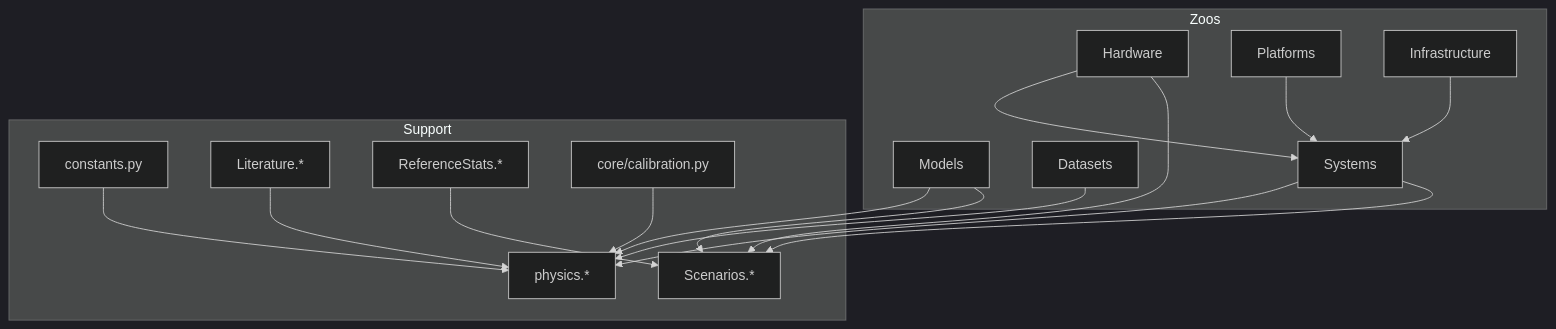
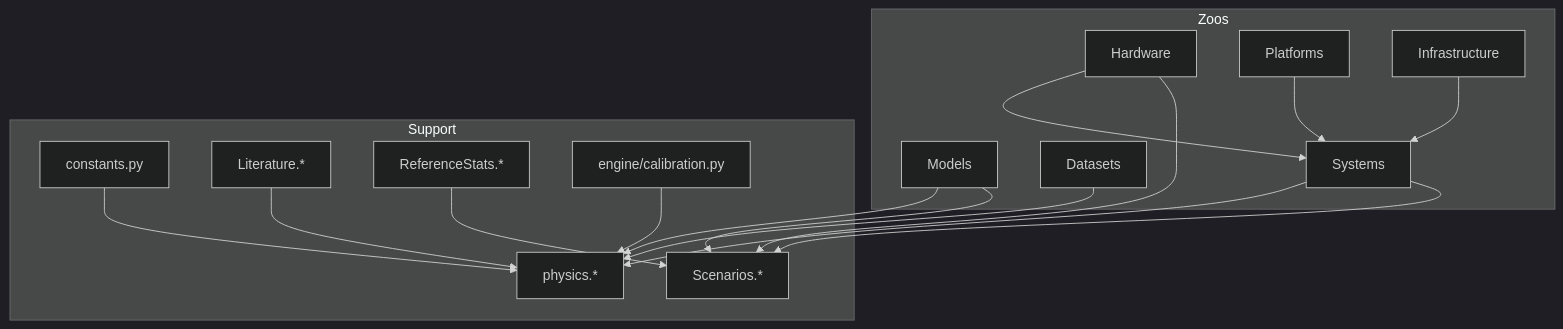
The diagram in mlsysim/docs/DATA_MODEL.md (harvard-edge/cs249r_book), drawn with Mermaid (dark theme) before and after one commit. The commit also changed other lines of this file and 107 other files, not shown here.

````diff
--- a/mlsysim/docs/DATA_MODEL.md
+++ b/mlsysim/docs/DATA_MODEL.md
@@ -52,32 +51,32 @@
 ```mermaid
 flowchart TB
   subgraph zoos [Zoos]
     Hardware
     Models
     Datasets
     Platforms
     Infrastructure
     Systems
   end
   subgraph support [Support]
     constants[constants.py]
     literature[Literature.*]
     scenarios[Scenarios.*]
     referenceStats[ReferenceStats.*]
-    calibration[core/calibration.py]
+    calibration[engine/calibration.py]
     physics[physics.*]
   end
   Hardware --> Systems
   Platforms --> Systems
   Infrastructure --> Systems
   Models --> physics
   Datasets --> physics
   constants --> physics
   literature --> physics
   calibration --> physics
   Systems --> physics
   Models --> scenarios
   Hardware --> scenarios
   Systems --> scenarios
   referenceStats --> scenarios
 ```
````
